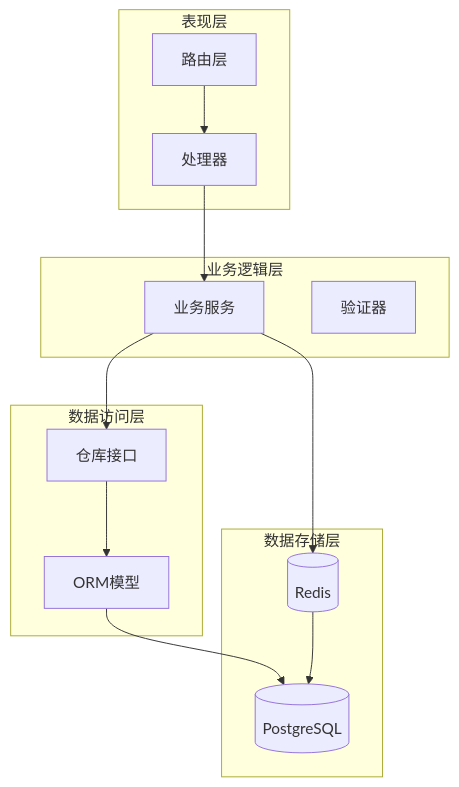
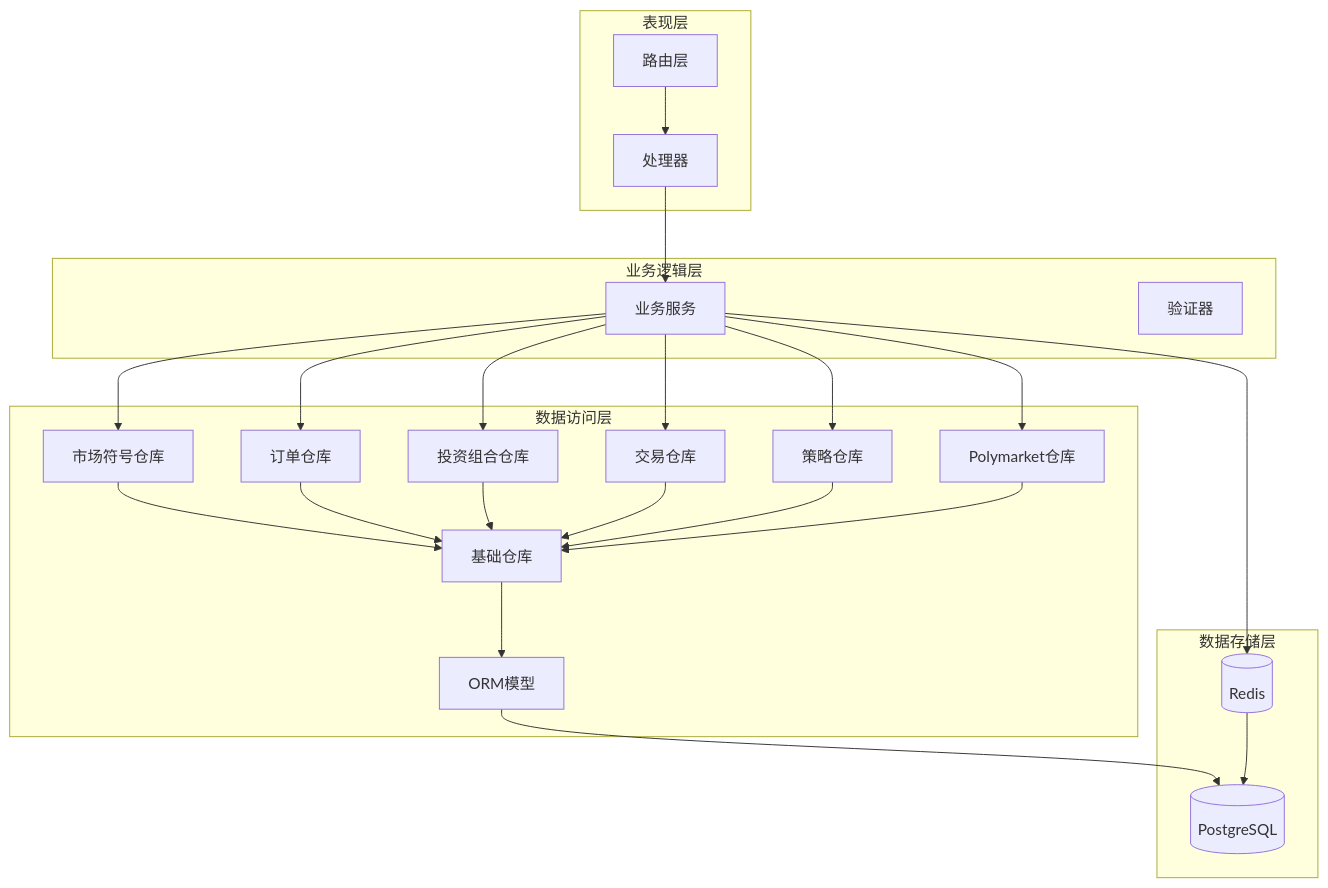
One commit to joezxh/QuantDinger changed the second of 11 diagrams in .qoder/repowiki/zh/content/核心功能模块/数据库现代化与ORM架构.md. Above: the diagram before and after it, drawn with Mermaid. The commit also changed other lines of this file and 28 other files, not shown here.

````diff
--- a/.qoder/repowiki/zh/content/核心功能模块/数据库现代化与ORM架构.md
+++ b/.qoder/repowiki/zh/content/核心功能模块/数据库现代化与ORM架构.md
@@ -129,26 +166,43 @@
 ```mermaid
 graph TD
 subgraph "表现层"
 Routes[路由层]
 Handlers[处理器]
 end
 subgraph "业务逻辑层"
 Business[业务服务]
 Validators[验证器]
 end
 subgraph "数据访问层"
-Repo[仓库接口]
+MarketRepo[市场符号仓库]
+OrderRepo[订单仓库]
+PortfolioRepo[投资组合仓库]
+TradeRepo[交易仓库]
+StrategyRepo[策略仓库]
+PolymarketRepo[Polymarket仓库]
+BaseRepo[基础仓库]
 Model[ORM模型]
 end
 subgraph "数据存储层"
 DB[(PostgreSQL)]
 Cache[(Redis)]
 end
 Routes --> Handlers
 Handlers --> Business
-Business --> Repo
-Repo --> Model
+Business --> MarketRepo
+Business --> OrderRepo
+Business --> PortfolioRepo
+Business --> TradeRepo
+Business --> StrategyRepo
+Business --> PolymarketRepo
+MarketRepo --> BaseRepo
+OrderRepo --> BaseRepo
+PortfolioRepo --> BaseRepo
+TradeRepo --> BaseRepo
+StrategyRepo --> BaseRepo
+PolymarketRepo --> BaseRepo
+BaseRepo --> Model
 Model --> DB
 Business --> Cache
 Cache --> DB
 ```
````
